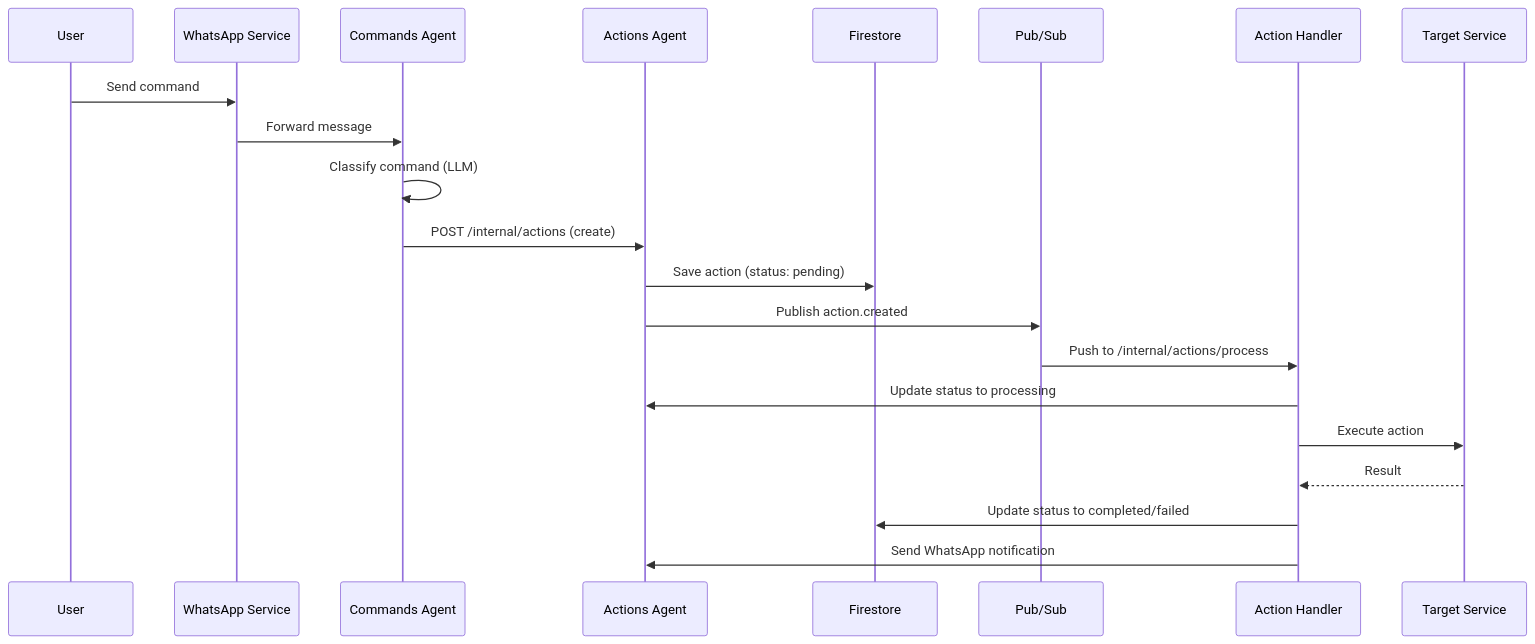
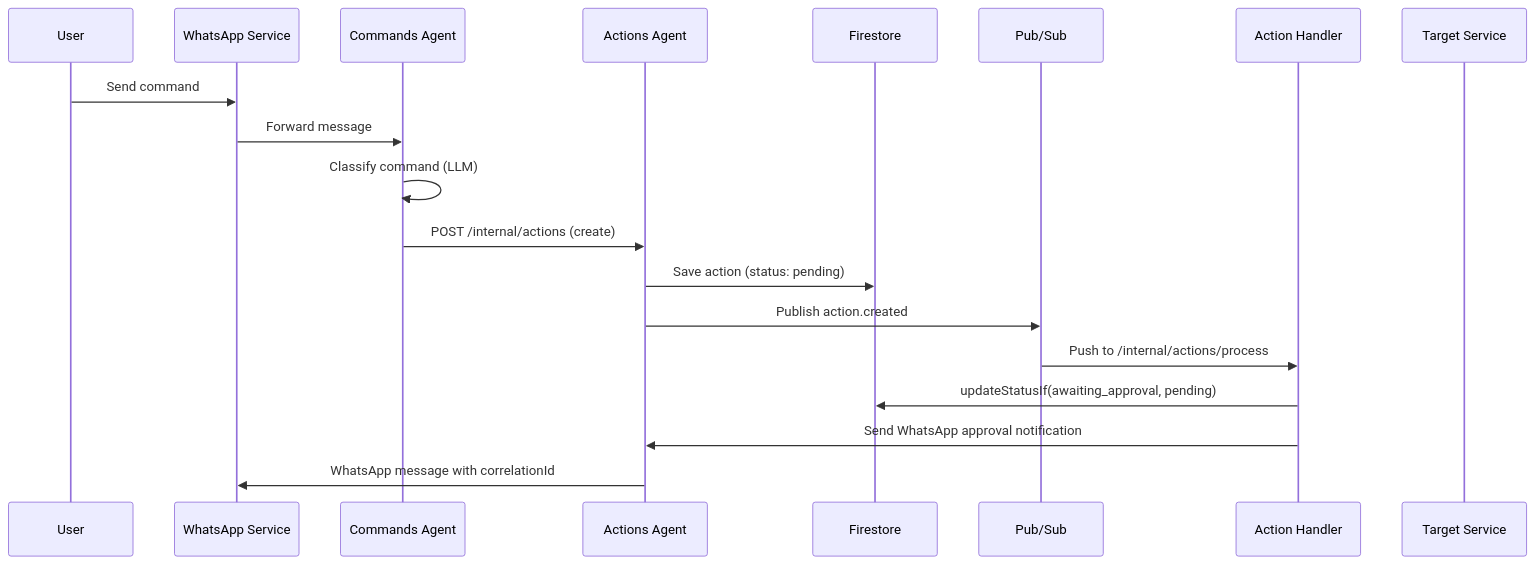
One commit to pbuchman/praxos changed the second of 3 diagrams in docs/services/actions-agent/technical.md. Above: the diagram before and after it, drawn with Mermaid. The commit also changed other lines of this file and 55 other files, not shown here.

````diff
--- a/docs/services/actions-agent/technical.md
+++ b/docs/services/actions-agent/technical.md
@@ -42,24 +51,22 @@
 ```mermaid
 sequenceDiagram
     participant User
     participant WA as WhatsApp Service
     participant CA as Commands Agent
     participant AA as Actions Agent
     participant FS as Firestore
     participant PS as Pub/Sub
     participant Handler as Action Handler
     participant Target as Target Service
 
     User->>WA: Send command
     WA->>CA: Forward message
     CA->>CA: Classify command (LLM)
     CA->>AA: POST /internal/actions (create)
     AA->>FS: Save action (status: pending)
     AA->>PS: Publish action.created
     PS->>Handler: Push to /internal/actions/process
-    Handler->>AA: Update status to processing
-    Handler->>Target: Execute action
-    Target-->>Handler: Result
-    Handler->>FS: Update status to completed/failed
-    Handler->>AA: Send WhatsApp notification
+    Handler->>FS: updateStatusIf(awaiting_approval, pending)
+    Handler->>AA: Send WhatsApp approval notification
+    AA->>WA: WhatsApp message with correlationId
 ```
````
